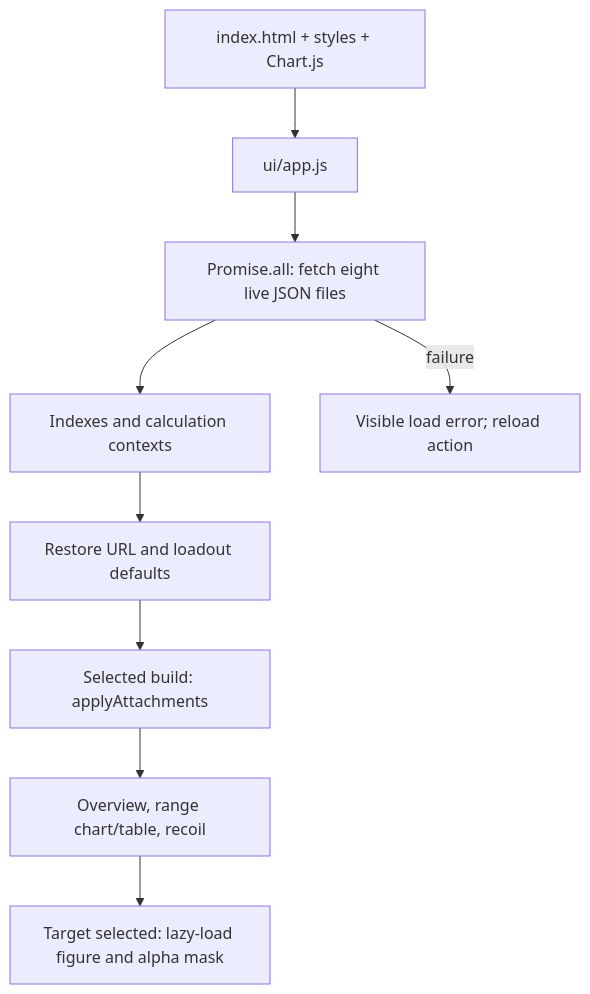
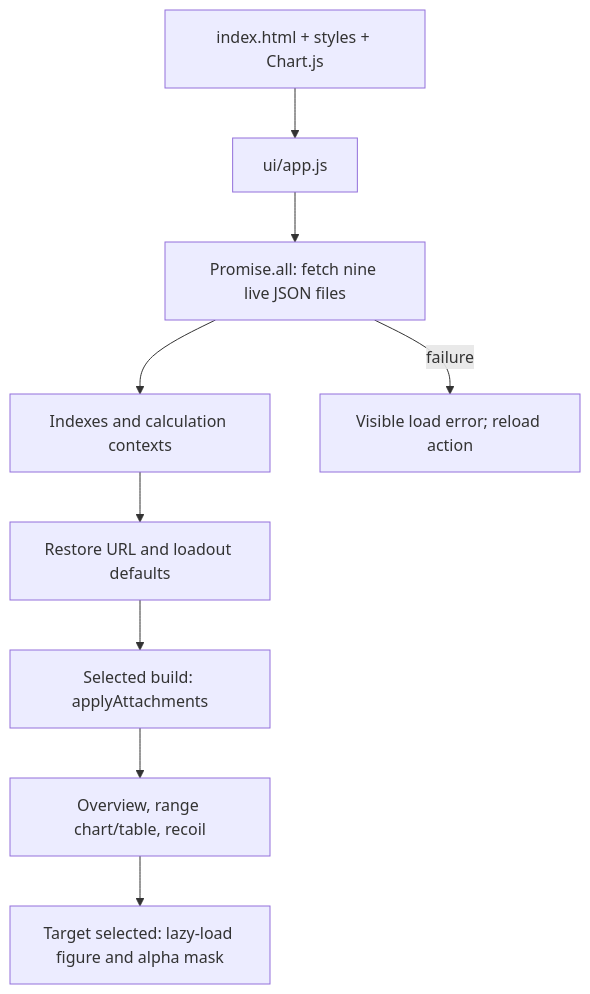
The diagram in docs/ARCHITECTURE.md (raymdl/BF6-Weapon-Analyzer), drawn with Mermaid before and after one commit. The commit also changed other lines of this file and 72 other files, not shown here.

````diff
--- a/docs/ARCHITECTURE.md
+++ b/docs/ARCHITECTURE.md
@@ -12,11 +12,11 @@
 ```mermaid
 flowchart TD
     Page["index.html + styles + Chart.js"] --> App["ui/app.js"]
-    App --> Fetch["Promise.all: fetch eight live JSON files"]
+    App --> Fetch["Promise.all: fetch nine live JSON files"]
     Fetch --> Context["Indexes and calculation contexts"]
     Context --> Restore["Restore URL and loadout defaults"]
     Restore --> Build["Selected build: applyAttachments"]
     Build --> Views["Overview, range chart/table, recoil"]
     Views --> Target["Target selected: lazy-load figure and alpha mask"]
     Fetch -->|failure| Error["Visible load error; reload action"]
 ```
````
